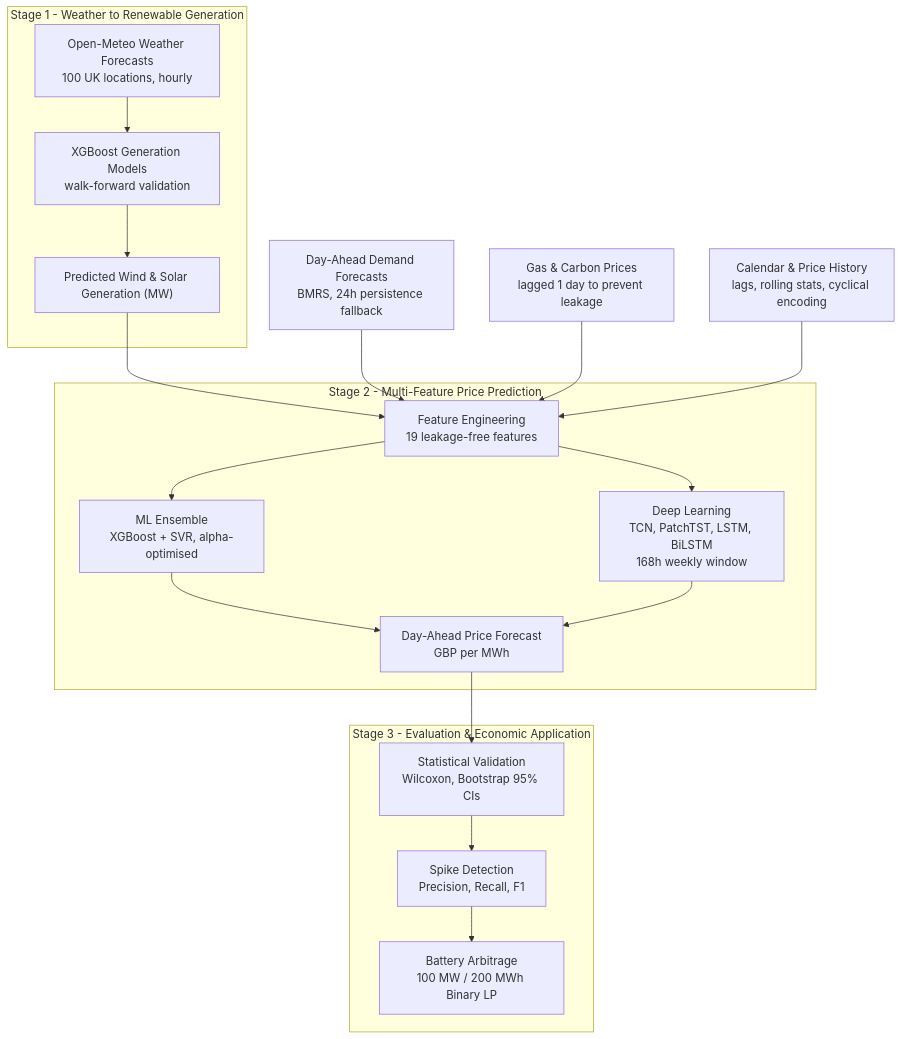
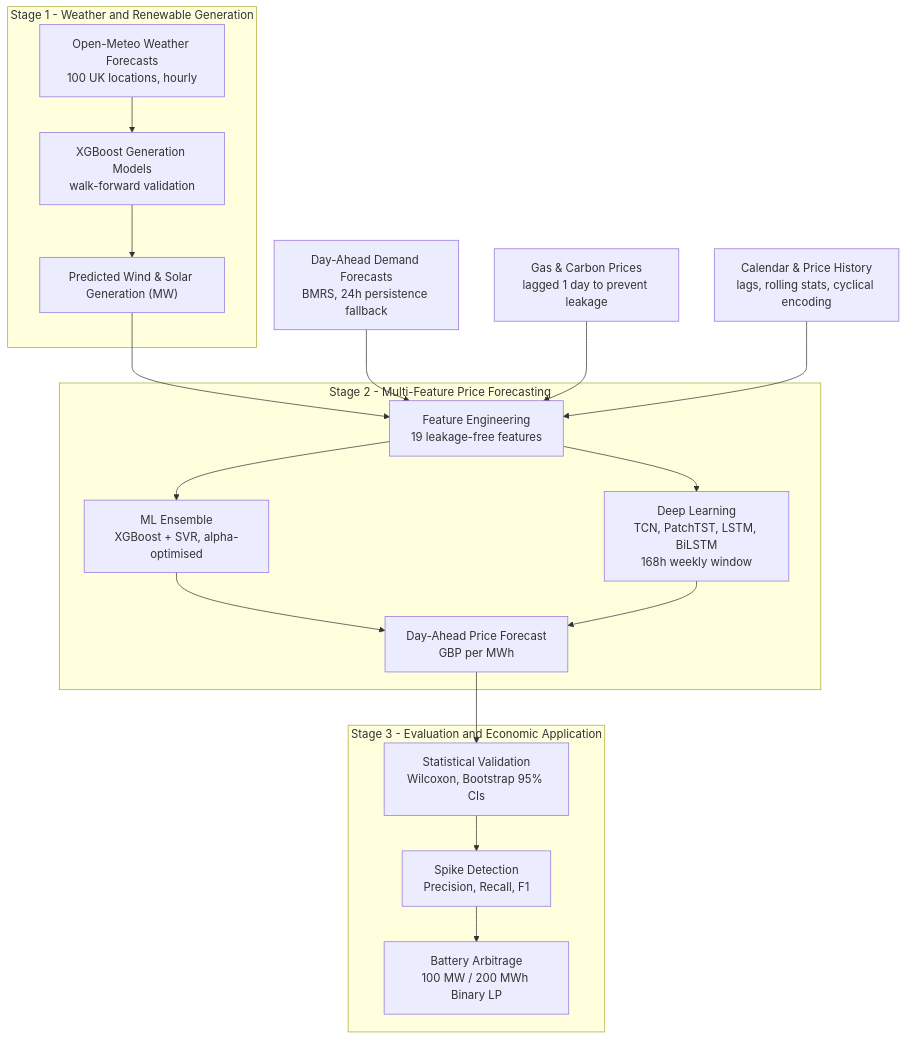
Before and after one commit to younis-y/UK-Electricity-Price-Forecasting-Project: the diagram in README.md, drawn with Mermaid.

Commit message:
fix: correct stage titles in pipeline diagram

````diff
--- a/README.md
+++ b/README.md
@@ -64,35 +64,35 @@
 ```mermaid
 flowchart TD
-    subgraph S1["Stage 1 - Weather to Renewable Generation"]
+    subgraph S1["Stage 1 - Weather and Renewable Generation"]
         W["Open-Meteo Weather Forecasts<br/>100 UK locations, hourly"]
         XG1["XGBoost Generation Models<br/>walk-forward validation"]
         REN["Predicted Wind & Solar Generation (MW)"]
         W --> XG1 --> REN
     end
 
     D["Day-Ahead Demand Forecasts<br/>BMRS, 24h persistence fallback"]
     G["Gas & Carbon Prices<br/>lagged 1 day to prevent leakage"]
     CAL["Calendar & Price History<br/>lags, rolling stats, cyclical encoding"]
 
-    subgraph S2["Stage 2 - Multi-Feature Price Prediction"]
+    subgraph S2["Stage 2 - Multi-Feature Price Forecasting"]
         FE["Feature Engineering<br/>19 leakage-free features"]
         ML["ML Ensemble<br/>XGBoost + SVR, alpha-optimised"]
         DL["Deep Learning<br/>TCN, PatchTST, LSTM, BiLSTM<br/>168h weekly window"]
         PRICE["Day-Ahead Price Forecast<br/>GBP per MWh"]
         FE --> ML --> PRICE
         FE --> DL --> PRICE
     end
 
-    subgraph S3["Stage 3 - Evaluation & Economic Application"]
+    subgraph S3["Stage 3 - Evaluation and Economic Application"]
         STAT["Statistical Validation<br/>Wilcoxon, Bootstrap 95% CIs"]
         SPIKE["Spike Detection<br/>Precision, Recall, F1"]
         BATT["Battery Arbitrage<br/>100 MW / 200 MWh Binary LP"]
         STAT --> SPIKE --> BATT
     end
 
     REN --> FE
     D --> FE
     G --> FE
     CAL --> FE
     PRICE --> STAT
 ```
````
